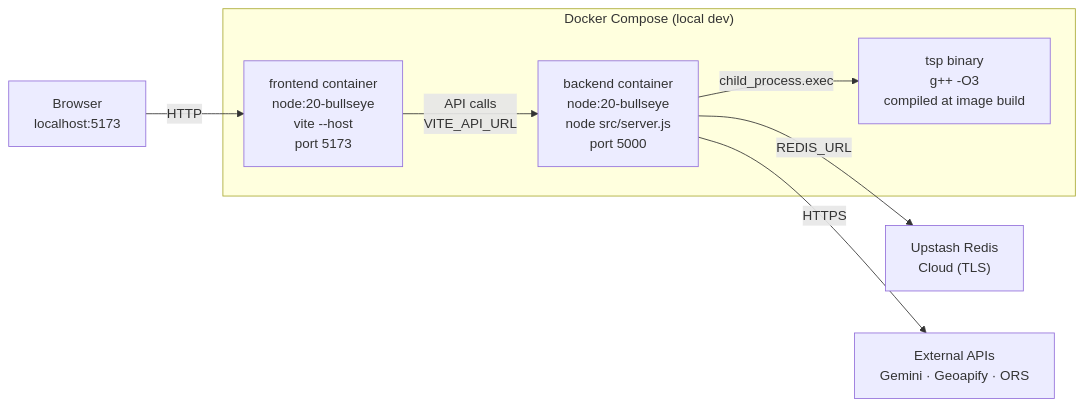
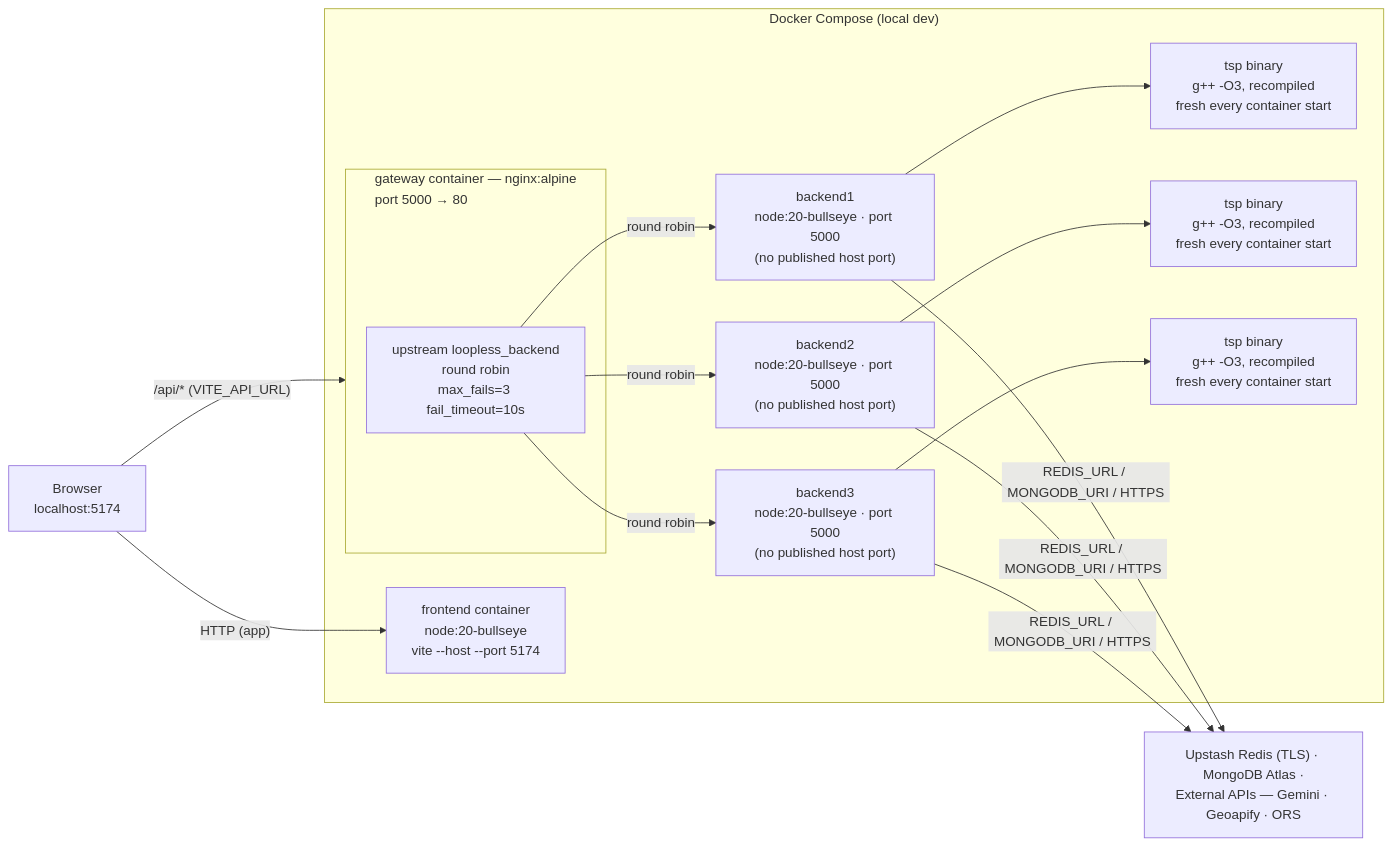
The second of 9 diagrams in README.md (georgejosephcodes/Loopless), drawn with Mermaid before and after one commit. The commit also changed other lines of this file and 9 other files, not shown here.

Commit message:
feat: add nginx gateway and backend replicas

````diff
--- a/README.md
+++ b/README.md
@@ -382,19 +384,34 @@
 ```mermaid
 flowchart LR
-    Browser["Browser\nlocalhost:5173"]
+    Browser["Browser\nlocalhost:5174"]
 
     subgraph DC["Docker Compose (local dev)"]
-        FEC["frontend container\nnode:20-bullseye\nvite --host\nport 5173"]
-        BEC["backend container\nnode:20-bullseye\nnode src/server.js\nport 5000"]
-        BIN["tsp binary\ng++ -O3\ncompiled at image build"]
+        FEC["frontend container\nnode:20-bullseye\nvite --host --port 5174"]
+
+        subgraph GW["gateway container — nginx:alpine\nport 5000 → 80"]
+            NG["upstream loopless_backend\nround robin\nmax_fails=3 fail_timeout=10s"]
+        end
+
+        BE1["backend1\nnode:20-bullseye · port 5000\n(no published host port)"]
+        BE2["backend2\nnode:20-bullseye · port 5000\n(no published host port)"]
+        BE3["backend3\nnode:20-bullseye · port 5000\n(no published host port)"]
+
+        BIN1["tsp binary\ng++ -O3, recompiled\nfresh every container start"]
+        BIN2["tsp binary\ng++ -O3, recompiled\nfresh every container start"]
+        BIN3["tsp binary\ng++ -O3, recompiled\nfresh every container start"]
     end
 
-    Upstash["Upstash Redis\nCloud (TLS)"]
-    APIs["External APIs\nGemini · Geoapify · ORS"]
+    EXT["Upstash Redis (TLS) · MongoDB Atlas ·\nExternal APIs — Gemini · Geoapify · ORS"]
 
-    Browser -->|"HTTP"| FEC
-    FEC -->|"API calls\nVITE_API_URL"| BEC
-    BEC -->|"child_process.exec"| BIN
-    BEC -->|"REDIS_URL"| Upstash
-    BEC -->|"HTTPS"| APIs
+    Browser -->|"HTTP (app)"| FEC
+    Browser -->|"/api/* (VITE_API_URL)"| GW
+    NG -->|"round robin"| BE1
+    NG -->|"round robin"| BE2
+    NG -->|"round robin"| BE3
+    BE1 --> BIN1
+    BE2 --> BIN2
+    BE3 --> BIN3
+    BE1 -->|"REDIS_URL / MONGODB_URI / HTTPS"| EXT
+    BE2 -->|"REDIS_URL / MONGODB_URI / HTTPS"| EXT
+    BE3 -->|"REDIS_URL / MONGODB_URI / HTTPS"| EXT
 ```
````
